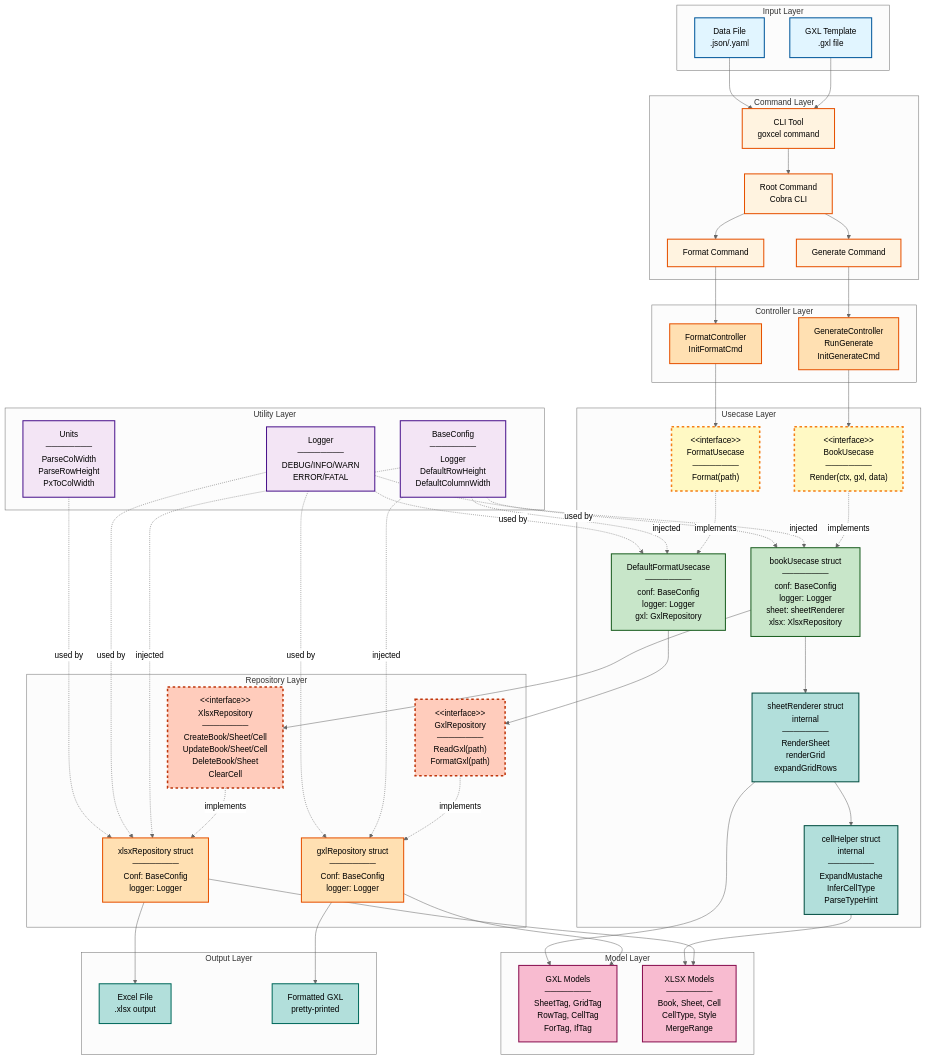
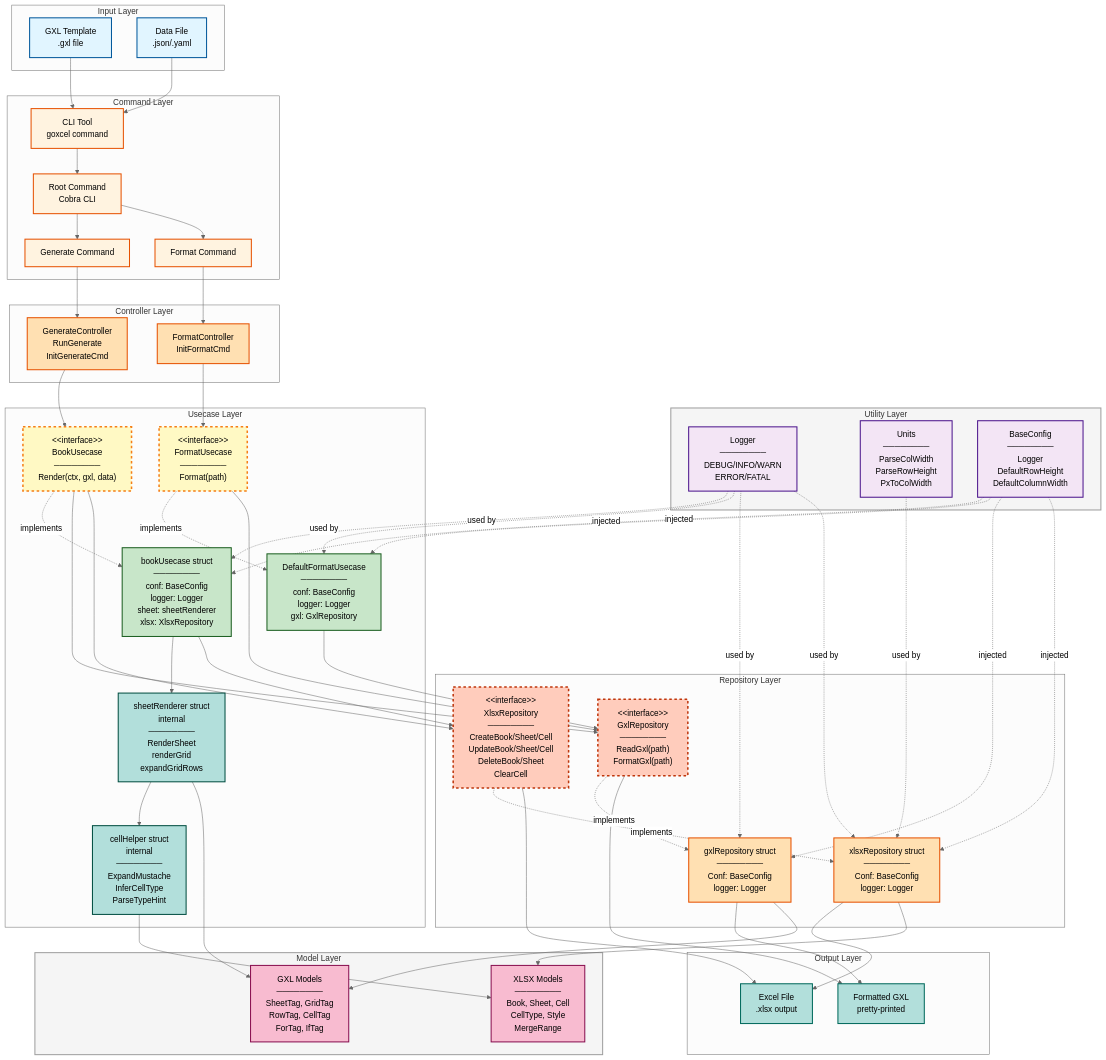
Before and after one commit to ryo-arima/goxcel: the diagram in docs/src/images/architecture.mmd, drawn with Mermaid (neutral theme). The commit also changed 27 other files, not shown here.

```diff
--- a/docs/src/images/architecture.mmd
+++ b/docs/src/images/architecture.mmd
@@ -1,122 +1,144 @@
 graph TB
-    subgraph "Input Layer"
+    %% Utility Layer (Left)
+    subgraph UtilSupport["Utility Layer"]
+        LOGGER[Logger<br/>────────<br/>DEBUG/INFO/WARN<br/>ERROR/FATAL]
+        UNITS[Units<br/>────────<br/>ParseColWidth<br/>ParseRowHeight<br/>PxToColWidth]
+        CONFIG[BaseConfig<br/>────────<br/>Logger<br/>DefaultRowHeight<br/>DefaultColumnWidth]
+    end
+    
+    %% Input Layer
+    subgraph InputLayer["Input Layer"]
         GXL[GXL Template<br/>.gxl file]
         DATA[Data File<br/>.json/.yaml]
     end
     
-    subgraph "Command Layer"
+    %% Command Layer
+    subgraph CommandLayer["Command Layer"]
         CLI[CLI Tool<br/>goxcel command]
         ROOT[Root Command<br/>Cobra CLI]
         GENCMD[Generate Command]
         FMTCMD[Format Command]
     end
     
-    subgraph "Controller Layer"
+    %% Controller Layer
+    subgraph ControllerLayer["Controller Layer"]
         GENCTRL[GenerateController<br/>RunGenerate<br/>InitGenerateCmd]
         FMTCTRL[FormatController<br/>InitFormatCmd]
     end
     
-    subgraph "Usecase Layer"
+    %% Usecase Layer
+    subgraph UsecaseLayer["Usecase Layer"]
         BOOKIF["&lt;&lt;interface&gt;&gt;<br/>BookUsecase<br/>────────<br/>Render(ctx, gxl, data)"]
         BOOKIMPL[bookUsecase struct<br/>────────<br/>conf: BaseConfig<br/>logger: Logger<br/>sheet: sheetRenderer<br/>xlsx: XlsxRepository]
         FMTIF["&lt;&lt;interface&gt;&gt;<br/>FormatUsecase<br/>────────<br/>Format(path)"]
         FMTIMPL[DefaultFormatUsecase<br/>────────<br/>conf: BaseConfig<br/>logger: Logger<br/>gxl: GxlRepository]
         SHEETRDR[sheetRenderer struct<br/>internal<br/>────────<br/>RenderSheet<br/>renderGrid<br/>expandGridRows]
         CELLHLP[cellHelper struct<br/>internal<br/>────────<br/>ExpandMustache<br/>InferCellType<br/>ParseTypeHint]
     end
     
-    subgraph "Repository Layer"
+    %% Repository Layer
+    subgraph RepositoryLayer["Repository Layer"]
         GXLIF["&lt;&lt;interface&gt;&gt;<br/>GxlRepository<br/>────────<br/>ReadGxl(path)<br/>FormatGxl(path)"]
         GXLIMPL[gxlRepository struct<br/>────────<br/>Conf: BaseConfig<br/>logger: Logger]
         XLSXIF["&lt;&lt;interface&gt;&gt;<br/>XlsxRepository<br/>────────<br/>CreateBook/Sheet/Cell<br/>UpdateBook/Sheet/Cell<br/>DeleteBook/Sheet<br/>ClearCell"]
         XLSXIMPL[xlsxRepository struct<br/>────────<br/>Conf: BaseConfig<br/>logger: Logger]
     end
     
-    subgraph "Model Layer"
+    %% Output Layer
+    subgraph OutputLayer["Output Layer"]
+        XLSX[Excel File<br/>.xlsx output]
+        FMTGXL[Formatted GXL<br/>pretty-printed]
+    end
+    
+    %% Model Layer (Right)
+    subgraph ModelSupport["Model Layer"]
         GXLMODEL[GXL Models<br/>────────<br/>SheetTag, GridTag<br/>RowTag, CellTag<br/>ForTag, IfTag]
         XLSXMODEL[XLSX Models<br/>────────<br/>Book, Sheet, Cell<br/>CellType, Style<br/>MergeRange]
     end
     
-    subgraph "Utility Layer"
-        LOGGER[Logger<br/>────────<br/>DEBUG/INFO/WARN<br/>ERROR/FATAL]
-        UNITS[Units<br/>────────<br/>ParseColWidth<br/>ParseRowHeight<br/>PxToColWidth]
-        CONFIG[BaseConfig<br/>────────<br/>Logger<br/>DefaultRowHeight<br/>DefaultColumnWidth]
-    end
-    
-    subgraph "Output Layer"
-        XLSX[Excel File<br/>.xlsx output]
-        FMTGXL[Formatted GXL<br/>pretty-printed]
-    end
+    %% Invisible links to force vertical layout
+    InputLayer ~~~ CommandLayer ~~~ ControllerLayer ~~~ UsecaseLayer ~~~ RepositoryLayer ~~~ OutputLayer
     
     %% Input Flow
     GXL --> CLI
     DATA --> CLI
     CLI --> ROOT
     ROOT --> GENCMD
     ROOT --> FMTCMD
     
     %% Command to Controller
     GENCMD --> GENCTRL
     FMTCMD --> FMTCTRL
     
     %% Controller to Interface
     GENCTRL --> BOOKIF
     FMTCTRL --> FMTIF
     
     %% Interface Implementation
     BOOKIF -.implements.-> BOOKIMPL
     FMTIF -.implements.-> FMTIMPL
     GXLIF -.implements.-> GXLIMPL
     XLSXIF -.implements.-> XLSXIMPL
     
     %% Usecase Dependencies
     BOOKIMPL --> SHEETRDR
     SHEETRDR --> CELLHLP
     BOOKIMPL --> XLSXIF
     FMTIMPL --> GXLIF
     
+    %% Usecase to Repository (vertical flow)
+    BOOKIF --> GXLIF
+    BOOKIF --> XLSXIF
+    FMTIF --> GXLIF
+    
+    %% Repository to Output (vertical flow)
+    GXLIF --> FMTGXL
+    XLSXIF --> XLSX
+    GXLIMPL --> FMTGXL
+    XLSXIMPL --> XLSX
+    
     %% Repository to Model
     GXLIMPL --> GXLMODEL
     XLSXIMPL --> XLSXMODEL
     SHEETRDR --> GXLMODEL
     CELLHLP --> XLSXMODEL
     
     %% Utility Dependencies
     CONFIG -.injected.-> BOOKIMPL
     CONFIG -.injected.-> FMTIMPL
     CONFIG -.injected.-> GXLIMPL
     CONFIG -.injected.-> XLSXIMPL
     LOGGER -.used by.-> BOOKIMPL
     LOGGER -.used by.-> FMTIMPL
     LOGGER -.used by.-> GXLIMPL
     LOGGER -.used by.-> XLSXIMPL
     UNITS -.used by.-> XLSXIMPL
     
-    %% Output Flow
-    XLSXIMPL --> XLSX
-    GXLIMPL --> FMTGXL
-    
     %% Styling
     classDef inputClass fill:#e1f5ff,stroke:#01579b,stroke-width:2px
     classDef commandClass fill:#fff3e0,stroke:#e65100,stroke-width:2px
     classDef controllerClass fill:#ffe0b2,stroke:#e65100,stroke-width:2px
     classDef interfaceClass fill:#fff9c4,stroke:#f57f17,stroke-width:3px,stroke-dasharray: 5 5
     classDef implClass fill:#c8e6c9,stroke:#1b5e20,stroke-width:2px
     classDef internalClass fill:#b2dfdb,stroke:#004d40,stroke-width:2px
     classDef repoInterfaceClass fill:#ffccbc,stroke:#bf360c,stroke-width:3px,stroke-dasharray: 5 5
     classDef repoImplClass fill:#ffe0b2,stroke:#e65100,stroke-width:2px
     classDef modelClass fill:#f8bbd0,stroke:#880e4f,stroke-width:2px
     classDef utilClass fill:#f3e5f5,stroke:#4a148c,stroke-width:2px
     classDef outputClass fill:#b2dfdb,stroke:#00695c,stroke-width:2px
+    classDef backgroundClass fill:#e0e0e0,stroke:#616161,stroke-width:2px
     
     class GXL,DATA inputClass
     class CLI,ROOT,GENCMD,FMTCMD commandClass
     class GENCTRL,FMTCTRL controllerClass
     class BOOKIF,FMTIF interfaceClass
     class BOOKIMPL,FMTIMPL implClass
     class SHEETRDR,CELLHLP internalClass
     class GXLIF,XLSXIF repoInterfaceClass
     class GXLIMPL,XLSXIMPL repoImplClass
     class GXLMODEL,XLSXMODEL modelClass
     class LOGGER,UNITS,CONFIG utilClass
     class XLSX,FMTGXL outputClass
+    
+    style UtilSupport fill:#f5f5f5,stroke:#9e9e9e,stroke-width:2px
+    style ModelSupport fill:#f5f5f5,stroke:#9e9e9e,stroke-width:2px
```
